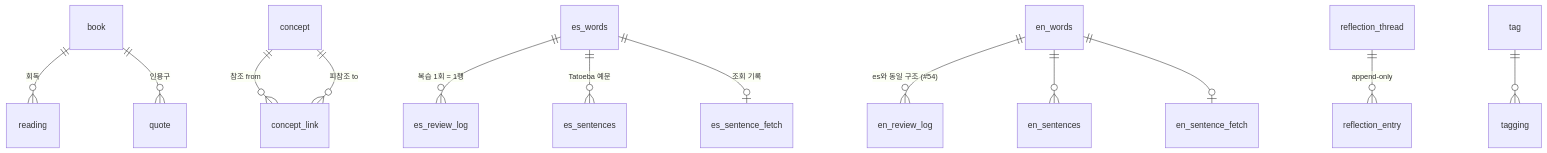
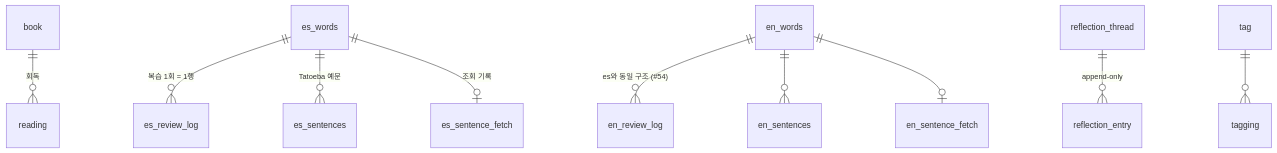
One commit to LeeSongHeon-LSH/LSHobby changed the diagram in docs/09-erd-ddl.md. Above: the diagram before and after it, drawn with Mermaid. The commit also changed other lines of this file and 8 other files, not shown here.

First line of the commit message:
DB 마이그레이션 — quote drop + 원격 전용 drop_knowledge 동기화, §9 DDL 개정 (#57·#58 완결)

````diff
--- a/docs/09-erd-ddl.md
+++ b/docs/09-erd-ddl.md
@@ -13,19 +14,15 @@
 ```mermaid
 erDiagram
     %% library
     book ||--o{ reading : "회독"
-    book ||--o{ quote : "인용구"
-    %% knowledge
-    concept ||--o{ concept_link : "참조 from"
-    concept ||--o{ concept_link : "피참조 to"
     %% language
     es_words ||--o{ es_review_log : "복습 1회 = 1행"
     es_words ||--o{ es_sentences : "Tatoeba 예문"
     es_words ||--o| es_sentence_fetch : "조회 기록"
     en_words ||--o{ en_review_log : "es와 동일 구조 (#54)"
     en_words ||--o{ en_sentences : ""
     en_words ||--o| en_sentence_fetch : ""
     %% shared
     reflection_thread ||--o{ reflection_entry : "append-only"
     tag ||--o{ tagging : ""
 ```
````
